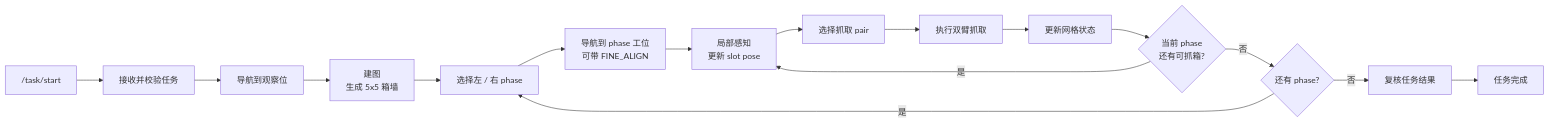
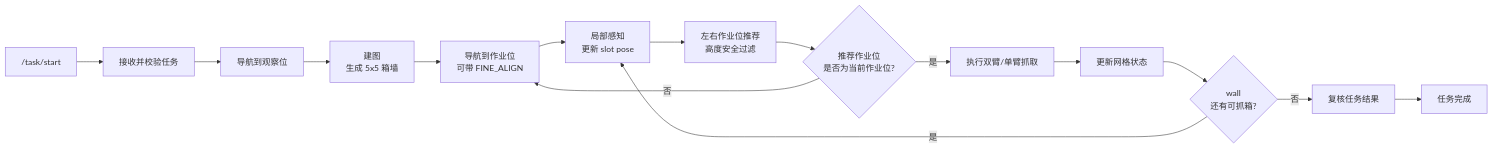
The second of 6 diagrams in docs/report/汇报.md (MiTLSL/alpha_fsm), drawn with Mermaid before and after one commit. The commit also changed other lines of this file and 11 other files, not shown here.

Commit message:
feat: update wall destacking phase selection and docs

````diff
--- a/docs/report/汇报.md
+++ b/docs/report/汇报.md
@@ -100,18 +100,17 @@
 ```mermaid
 flowchart LR
     Start["/task/start"] --> Accept["接收并校验任务"]
     Accept --> Observe["导航到观察位"]
     Observe --> Mapping["建图<br/>生成 5x5 箱墙"]
-    Mapping --> Phase["选择左 / 右 phase"]
-    Phase --> Workpose["导航到 phase 工位<br/>可带 FINE_ALIGN"]
+    Mapping --> Workpose["导航到作业位<br/>可带 FINE_ALIGN"]
     Workpose --> LocalPerc["局部感知<br/>更新 slot pose"]
-    LocalPerc --> SelectPair["选择抓取 pair"]
-    SelectPair --> Grasp["执行双臂抓取"]
+    LocalPerc --> SelectPair["左右作业位推荐<br/>高度安全过滤"]
+    SelectPair --> Switch{"推荐作业位<br/>是否为当前作业位?"}
+    Switch -- 否 --> Workpose
+    Switch -- 是 --> Grasp["执行双臂/单臂抓取"]
     Grasp --> Update["更新网格状态"]
-    Update --> MorePair{"当前 phase<br/>还有可抓箱?"}
+    Update --> MorePair{"wall<br/>还有可抓箱?"}
     MorePair -- 是 --> LocalPerc
-    MorePair -- 否 --> MorePhase{"还有 phase?"}
-    MorePhase -- 是 --> Phase
-    MorePhase -- 否 --> Verify["复核任务结果"]
+    MorePair -- 否 --> Verify["复核任务结果"]
     Verify --> Done["任务完成"]
 ```
````
